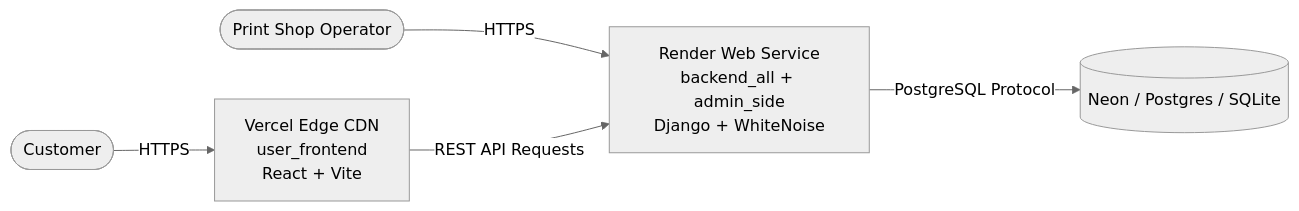
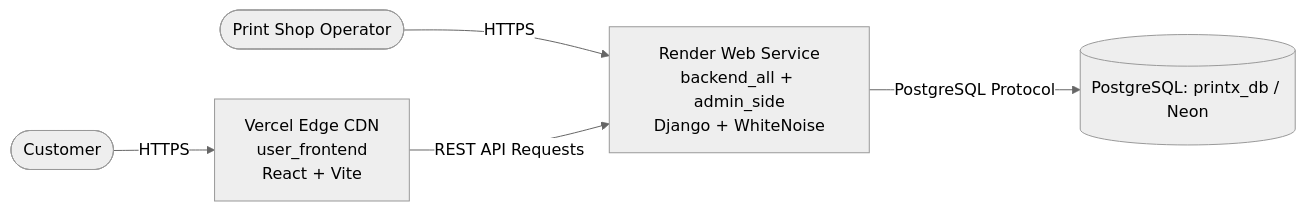
One commit to iamfaizan-ok/printex.pk changed the diagram in DEPLOYMENT.md. Above: the diagram before and after it, drawn with Mermaid (neutral theme). The commit also changed other lines of this file and 66 other files, not shown here.

````diff
--- a/DEPLOYMENT.md
+++ b/DEPLOYMENT.md
@@ -12,7 +12,7 @@
 ```mermaid
 graph LR
     User([Customer]) -->|HTTPS| Vercel[Vercel Edge CDN<br/>user_frontend<br/>React + Vite]
     Admin([Print Shop Operator]) -->|HTTPS| Render[Render Web Service<br/>backend_all + admin_side<br/>Django + WhiteNoise]
     Vercel -->|REST API Requests| Render
-    Render -->|PostgreSQL Protocol| DB[(Neon / Postgres / SQLite)]
+    Render -->|PostgreSQL Protocol| DB[(PostgreSQL: printx_db / Neon)]
 ```
````
